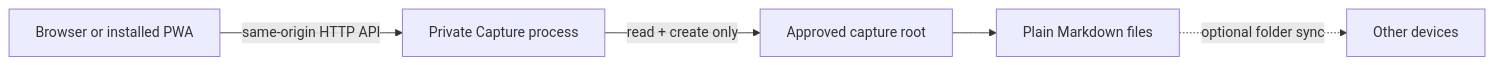
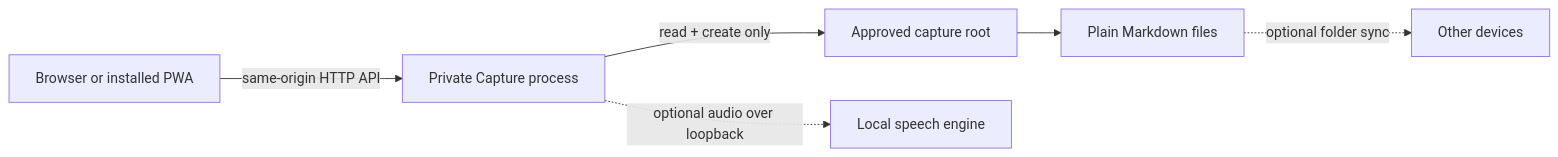
One commit to shivanigupta-dev/private-capture-md changed the diagram in docs/architecture.md. Above: the diagram before and after it, drawn with Mermaid. The commit also changed other lines of this file and 33 other files, not shown here.

````diff
--- a/docs/architecture.md
+++ b/docs/architecture.md
@@ -5,7 +5,8 @@
 ```mermaid
 flowchart LR
     A["Browser or installed PWA"] -->|"same-origin HTTP API"| B["Private Capture process"]
     B -->|"read + create only"| C["Approved capture root"]
     C --> D["Plain Markdown files"]
     D -.->|"optional folder sync"| E["Other devices"]
+    B -.->|"optional audio over loopback"| F["Local speech engine"]
 ```
````
